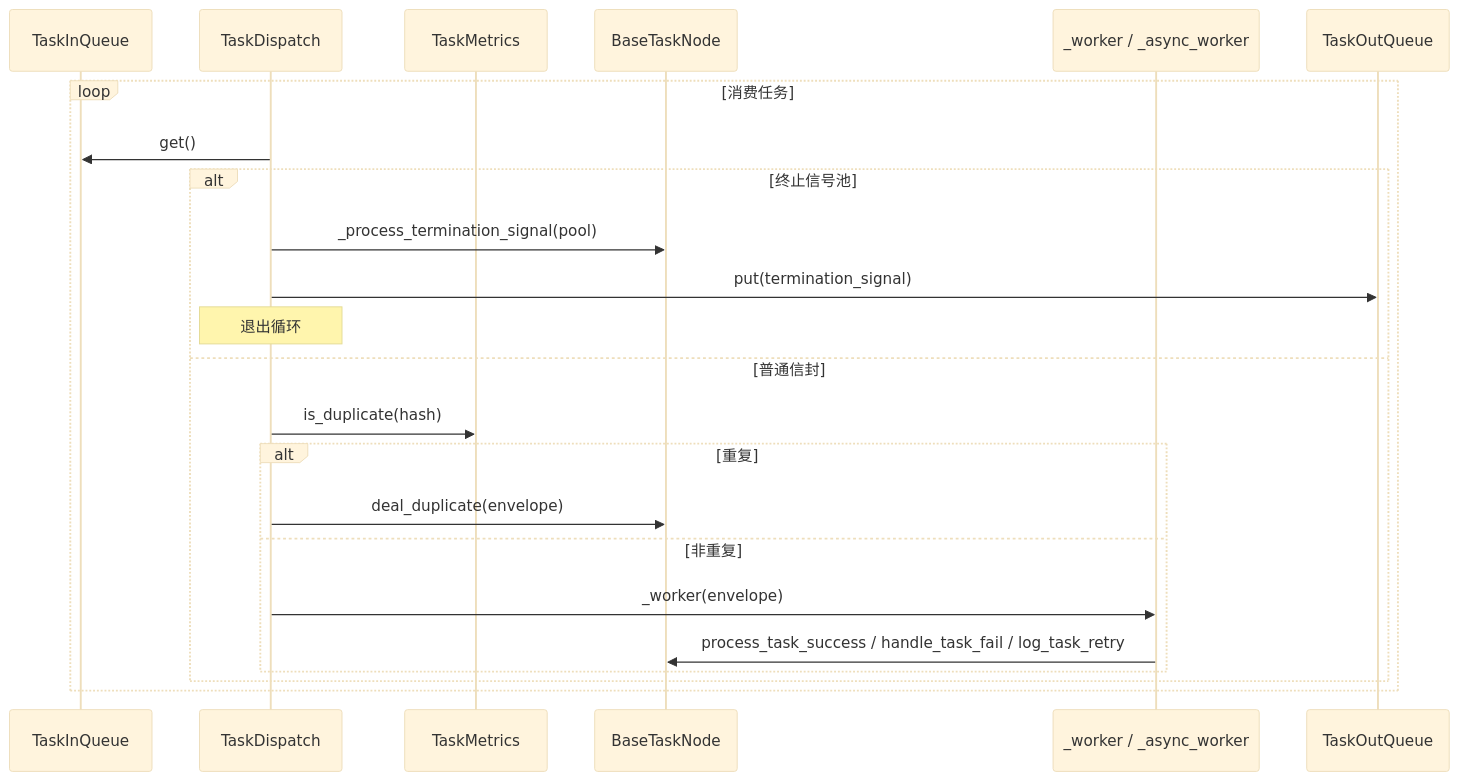
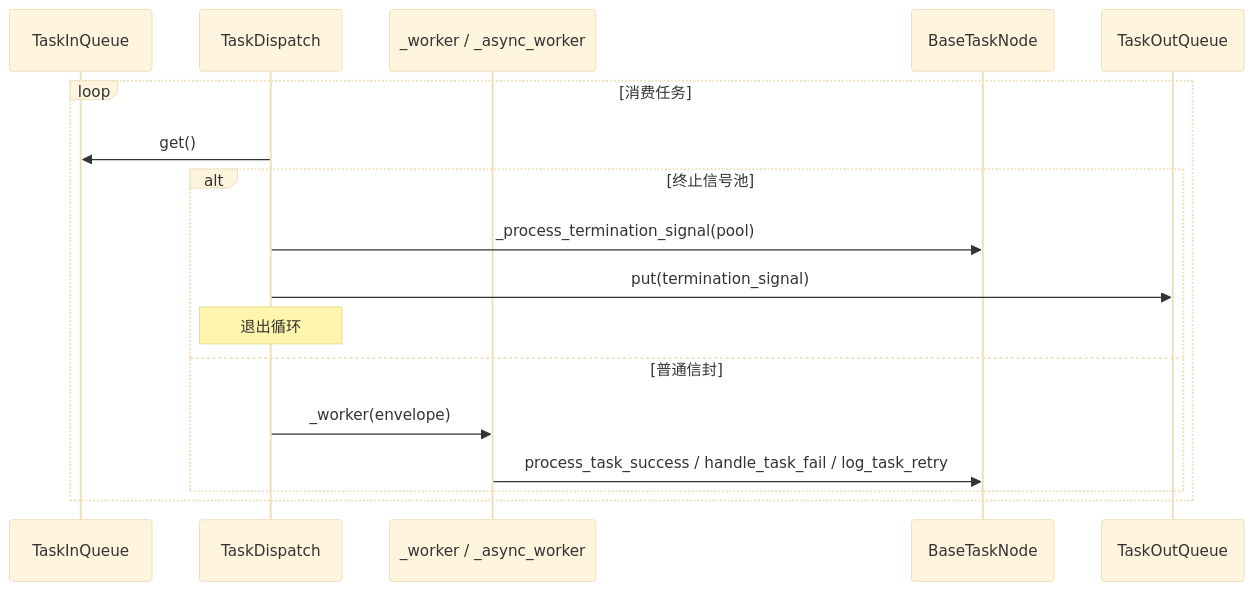
One commit to Mr-xiaotian/CelestialFlow changed the first of 2 diagrams in docs/zh-CN/src/node/core_dispatch.md. Above: the diagram before and after it, drawn with Mermaid (base theme). The commit also changed other lines of this file and 100 other files, not shown here.

````diff
--- a/docs/zh-CN/src/node/core_dispatch.md
+++ b/docs/zh-CN/src/node/core_dispatch.md
@@ -121,26 +112,20 @@
 ```mermaid
 sequenceDiagram
     participant Q as TaskInQueue
     participant D as TaskDispatch
-    participant M as TaskMetrics
+    participant W as _worker / _async_worker
     participant N as BaseTaskNode
-    participant W as _worker / _async_worker
     participant R as TaskOutQueue
 
     loop 消费任务
         D->>Q: get()
         alt 终止信号池
             D->>N: _process_termination_signal(pool)
             D->>R: put(termination_signal)
             Note over D: 退出循环
         else 普通信封
-            D->>M: is_duplicate(hash)
-            alt 重复
-                D->>N: deal_duplicate(envelope)
-            else 非重复
-                D->>W: _worker(envelope)
-                W->>N: process_task_success / handle_task_fail / log_task_retry
-            end
+            D->>W: _worker(envelope)
+            W->>N: process_task_success / handle_task_fail / log_task_retry
         end
     end
 ```
````
